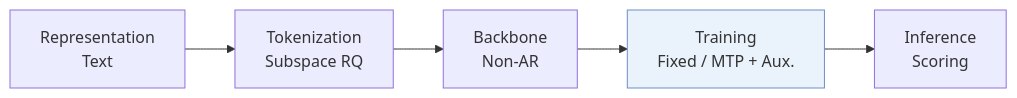
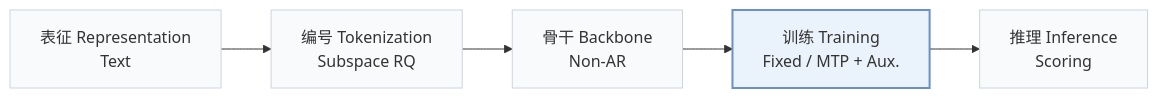
Before and after one commit to Galaxy-ghost/Awesome-SID-Generative-Rec: the first of 2 diagrams in pages/zh/papers/idm-cmm.md, drawn with Mermaid. The commit also changed other lines of this file and 649 other files, not shown here.

Commit message:
writer-05: also tags and modality index (schema, check, build, visuals); summary field removed; calibration data for 12 papers

````diff
--- a/pages/zh/papers/idm-cmm.md
+++ b/pages/zh/papers/idm-cmm.md
@@ -13,6 +15,8 @@
 ```mermaid
 flowchart LR
-    R["Representation<br/>Text"] --> T["Tokenization<br/>Subspace RQ"] --> B["Backbone<br/>Non-AR"] --> TR["Training<br/>Fixed / MTP + Aux."] --> I["Inference<br/>Scoring"]
-    classDef main fill:#eaf2fb,stroke:#6b8fc7
+    R["表征 Representation<br/>Text"] --> T["编号 Tokenization<br/>Subspace RQ"] --> B["骨干 Backbone<br/>Non-AR"] --> TR["训练 Training<br/>Fixed / MTP + Aux."] --> I["推理 Inference<br/>Scoring"]
+    classDef base fill:#f8fafc,stroke:#cbd5e1
+    class R,T,B,TR,I base
+    classDef main fill:#eaf2fb,stroke:#6b8fc7,stroke-width:2px
     class TR main
 ```
````
